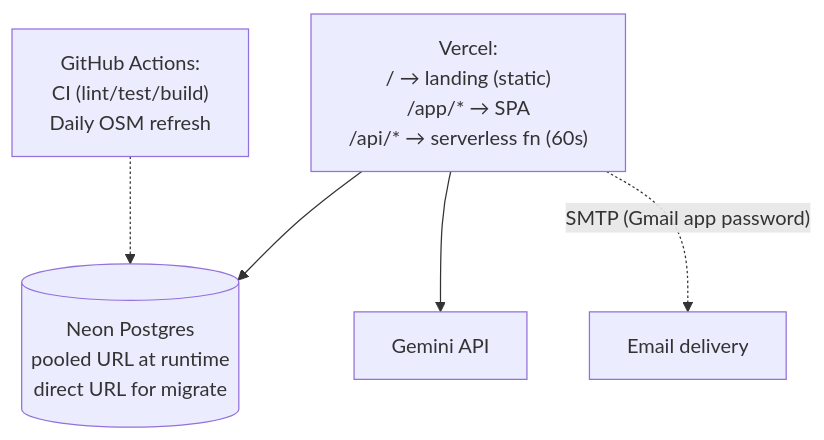
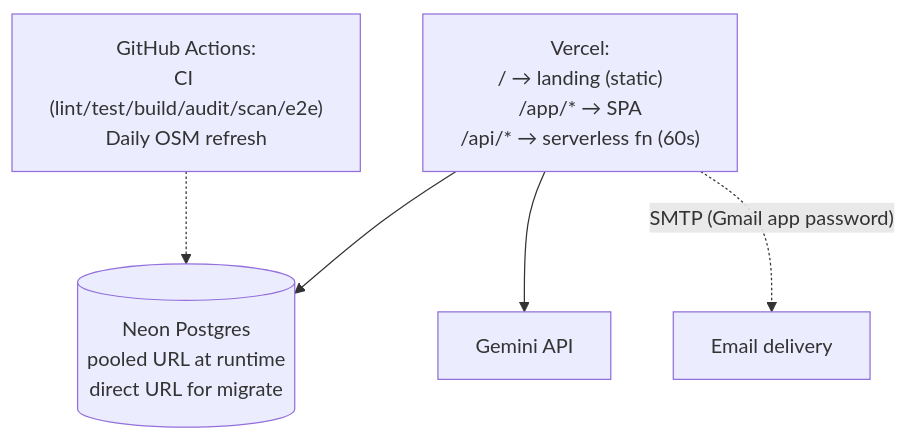
One commit to hiamrhex/naijaaste-ai changed the fifth of 5 diagrams in README.md. Above: the diagram before and after it, drawn with Mermaid. The commit also changed other lines of this file, not shown here.

````diff
--- a/README.md
+++ b/README.md
@@ -154,7 +157,7 @@
 ```mermaid
 flowchart TB
   V["Vercel:\n/ → landing (static)\n/app/* → SPA\n/api/* → serverless fn (60s)"] --> N[("Neon Postgres\npooled URL at runtime\ndirect URL for migrate")]
   V --> G["Gemini API"]
   V -.->|"SMTP (Gmail app password)"| M["Email delivery"]
-  GH["GitHub Actions:\nCI (lint/test/build)\nDaily OSM refresh"] -.-> N
+  GH["GitHub Actions:\nCI (lint/test/build/audit/scan/e2e)\nDaily OSM refresh"] -.-> N
 ```
````
